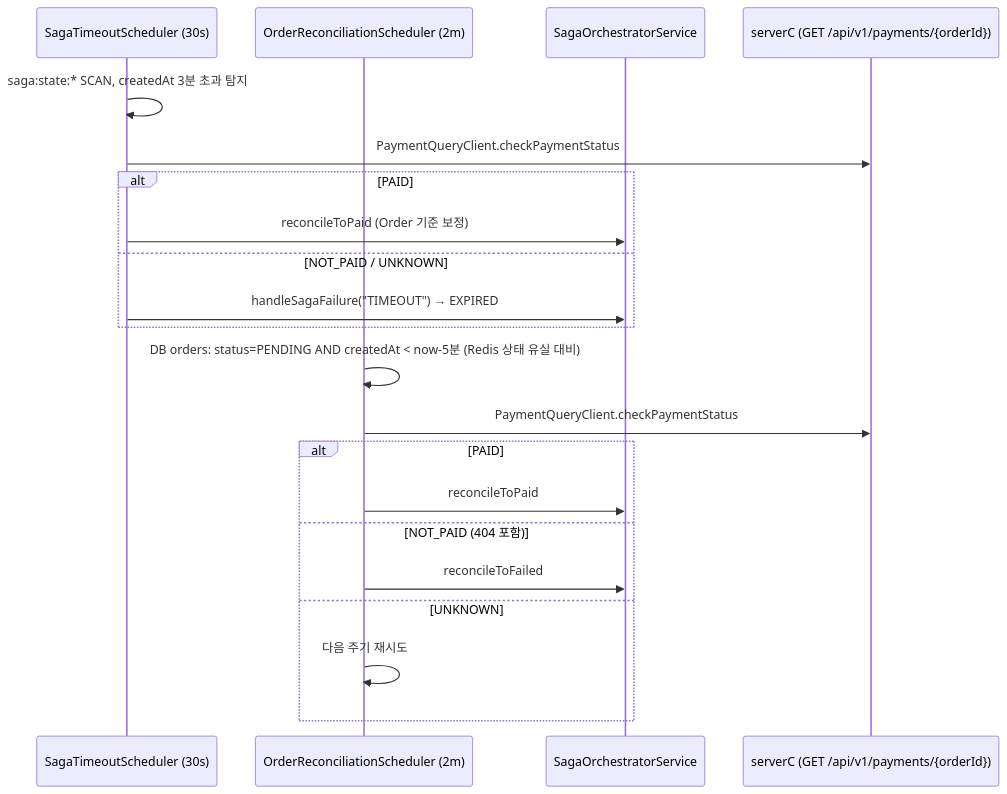
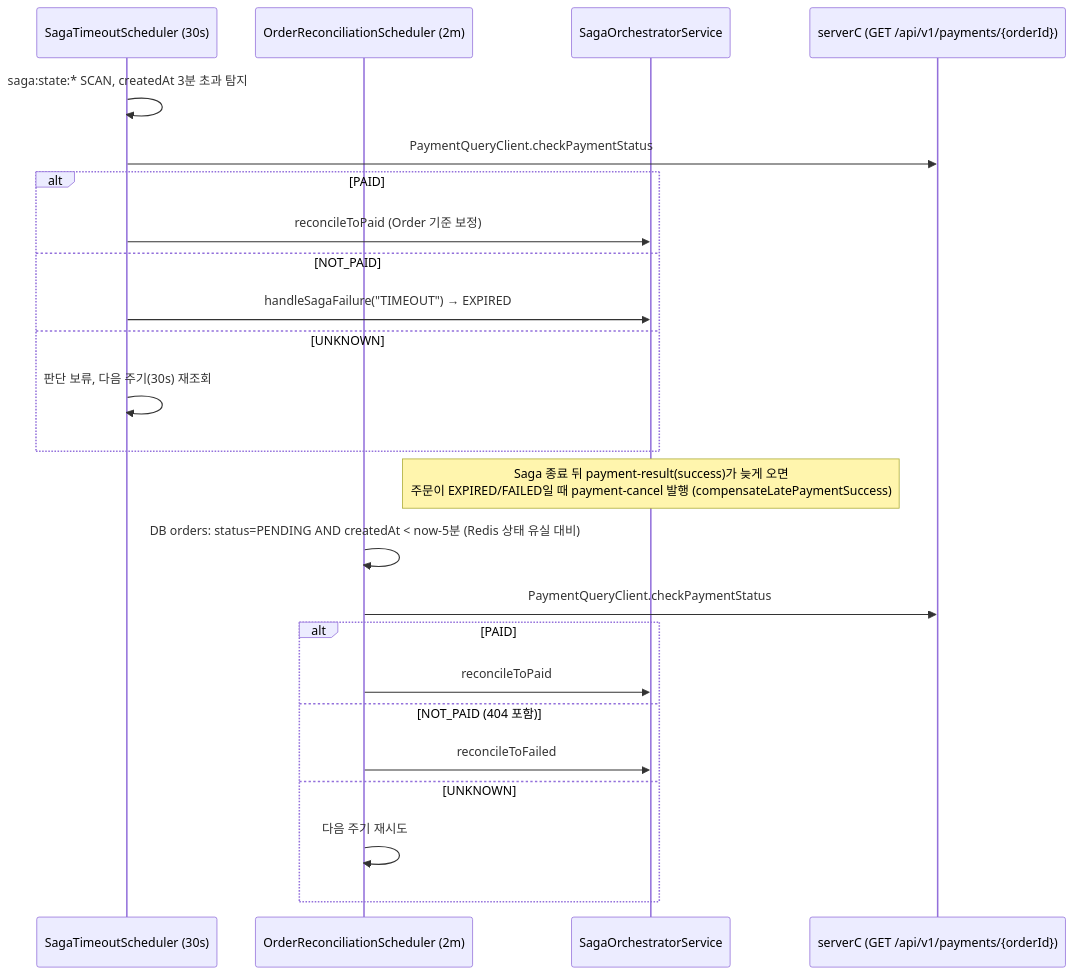
Before and after one commit to michi2012/goods-promotion-project: the second of 2 diagrams in docs/arch-snapshot.md, drawn with Mermaid. The commit also changed other lines of this file and 5 other files, not shown here.

First line of the commit message:
docs: Saga 안전망 보완 문서화 (UNKNOWN 재시도, 늦은 결제 성공 보상)

````diff
--- a/docs/arch-snapshot.md
+++ b/docs/arch-snapshot.md
@@ -95,25 +95,29 @@
 ```mermaid
 sequenceDiagram
     participant T as SagaTimeoutScheduler (30s)
     participant R as OrderReconciliationScheduler (2m)
     participant A as SagaOrchestratorService
     participant SC as serverC (GET /api/v1/payments/{orderId})
 
     T->>T: saga:state:* SCAN, createdAt 3분 초과 탐지
     T->>SC: PaymentQueryClient.checkPaymentStatus
     alt PAID
         T->>A: reconcileToPaid (Order 기준 보정)
-    else NOT_PAID / UNKNOWN
+    else NOT_PAID
         T->>A: handleSagaFailure("TIMEOUT") → EXPIRED
+    else UNKNOWN
+        T->>T: 판단 보류, 다음 주기(30s) 재조회
     end
+
+    Note over A: Saga 종료 뒤 payment-result(success)가 늦게 오면<br/>주문이 EXPIRED/FAILED일 때 payment-cancel 발행 (compensateLatePaymentSuccess)
 
     R->>R: DB orders: status=PENDING AND createdAt < now-5분 (Redis 상태 유실 대비)
     R->>SC: PaymentQueryClient.checkPaymentStatus
     alt PAID
         R->>A: reconcileToPaid
     else NOT_PAID (404 포함)
         R->>A: reconcileToFailed
     else UNKNOWN
         R->>R: 다음 주기 재시도
     end
 ```
````
